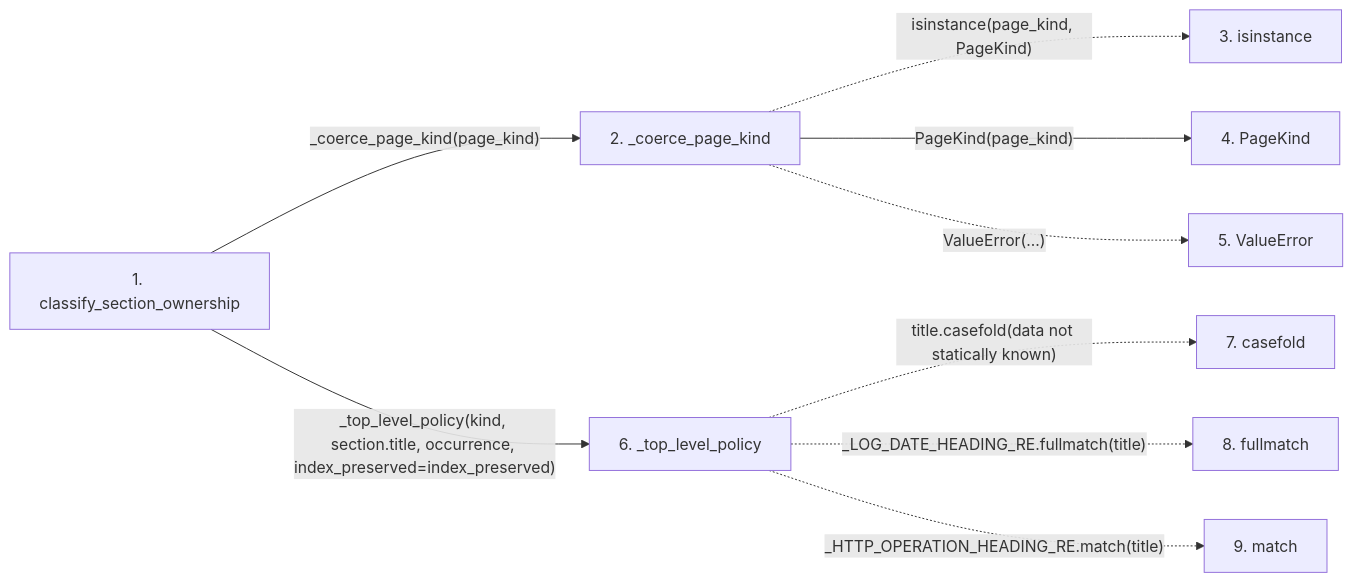
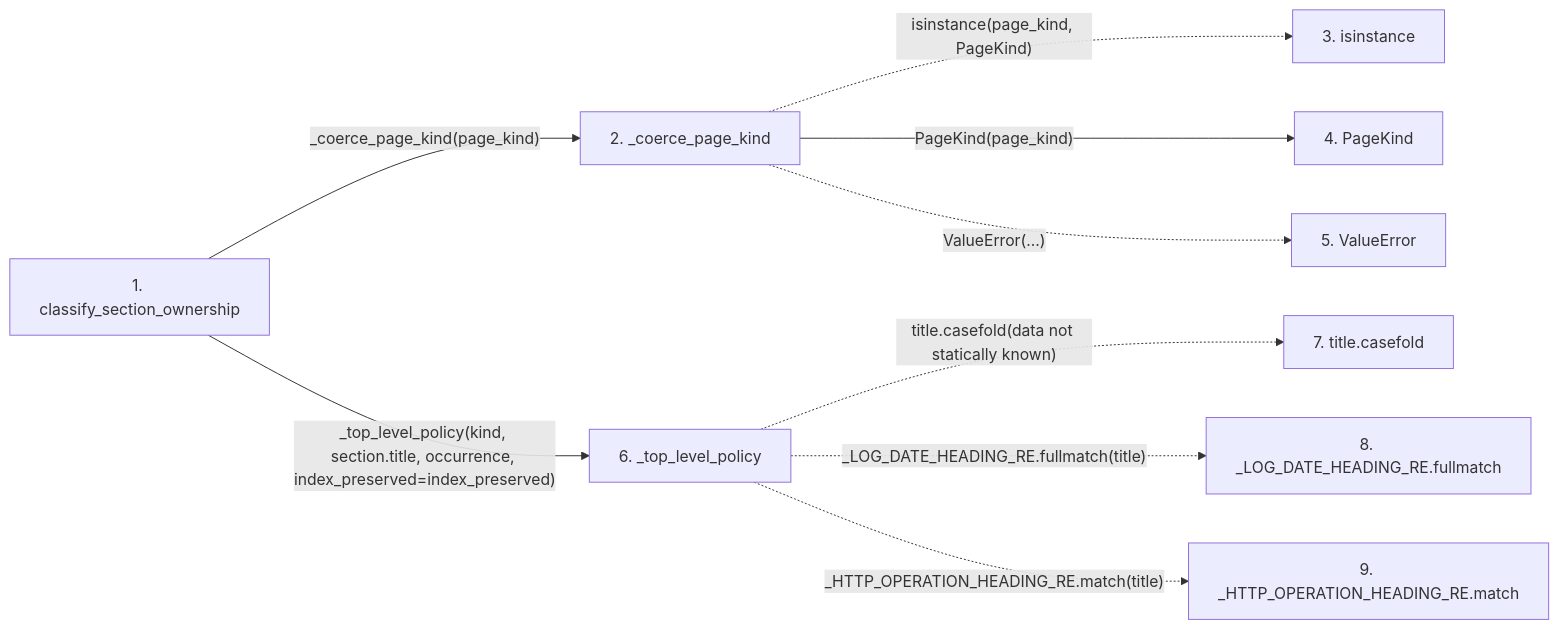
One commit to Denissvgn/python-wiki-llm changed the second of 2 diagrams in docs/llm_wiki/flows/api-classify_section_ownership.md. Above: the diagram before and after it, drawn with Mermaid. The commit also changed other lines of this file and 719 other files, not shown here.

````diff
--- a/docs/llm_wiki/flows/api-classify_section_ownership.md
+++ b/docs/llm_wiki/flows/api-classify_section_ownership.md
@@ -34,24 +34,24 @@
 ```mermaid
 flowchart LR
     s1["1. classify_section_ownership"]
     s2["2. _coerce_page_kind"]
     s3["3. isinstance"]
     s4["4. PageKind"]
     s5["5. ValueError"]
     s6["6. _top_level_policy"]
-    s7["7. casefold"]
-    s8["8. fullmatch"]
-    s9["9. match"]
+    s7["7. title.casefold"]
+    s8["8. _LOG_DATE_HEADING_RE.fullmatch"]
+    s9["9. _HTTP_OPERATION_HEADING_RE.match"]
     s1 -->|"_coerce_page_kind(page_kind)"| s2
     s2 -. "isinstance(page_kind, PageKind)" .-> s3
     s2 -->|"PageKind(page_kind)"| s4
     s2 -. "ValueError(...)" .-> s5
     s1 -->|"_top_level_policy(kind, section.title, occurrence, index_preserved=index_preserved)"| s6
     s6 -. "title.casefold(data not statically known)" .-> s7
     s6 -. "_LOG_DATE_HEADING_RE.fullmatch(title)" .-> s8
     s6 -. "_HTTP_OPERATION_HEADING_RE.match(title)" .-> s9
     click s1 "../modules/section_ownership.md"
     click s2 "../modules/section_ownership.md"
     click s4 "../modules/wiki_surface.md"
     click s6 "../modules/section_ownership.md"
 ```
````
